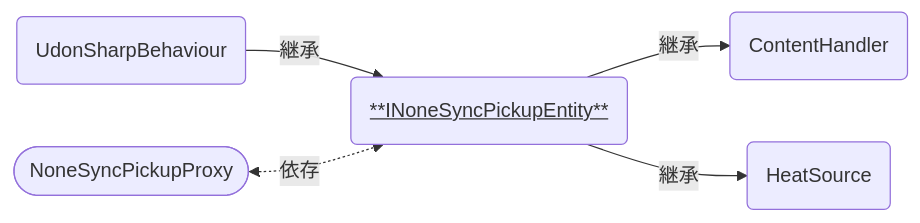
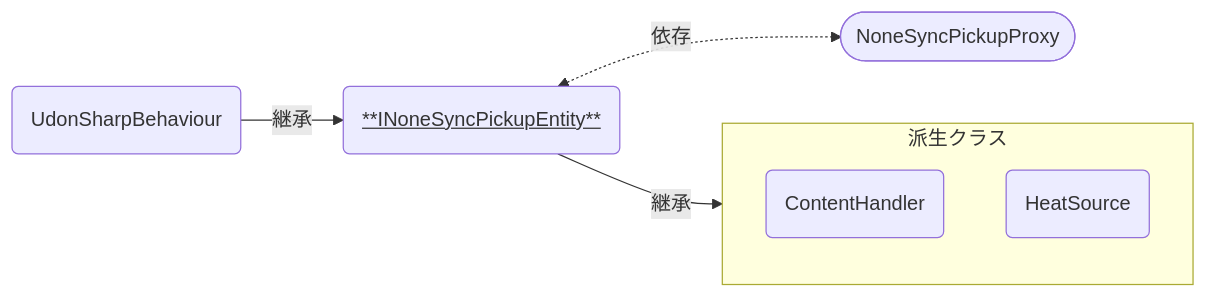
One commit to DenkiHitsujiKobo/CoffeeRoasterSet-Docs changed the diagram in docs/udon/INoneSyncPickupEntity.md. Above: the diagram before and after it, drawn with Mermaid. The commit also changed 4 other files, not shown here.

````diff
--- a/docs/udon/INoneSyncPickupEntity.md
+++ b/docs/udon/INoneSyncPickupEntity.md
@@ -12,16 +12,23 @@
 ```mermaid
 flowchart LR
     accTitle: class relationship
     accDescr: INoneSyncPickupEntity inherits UdonSharpBehaviour, and is inherited by ContentHandler and HeatSource.
 
     entity("<u>**INoneSyncPickupEntity**</u>")
     behaviour("UdonSharpBehaviour")
     handler("ContentHandler")
     heat("HeatSource")
     proxy(["NoneSyncPickupProxy"])
+
+    subgraph 派生クラス
+        direction TB
+        handler
+        heat
+    end
     
     behaviour -->|継承| entity
-    entity -->|継承| handler
-    entity -->|継承| heat
-    proxy <-.->|依存| entity
+    %% entity -->|継承| handler
+    %% entity -->|継承| heat
+    entity -->|継承| 派生クラス
+    entity <-.->|依存| proxy
 ```
````
